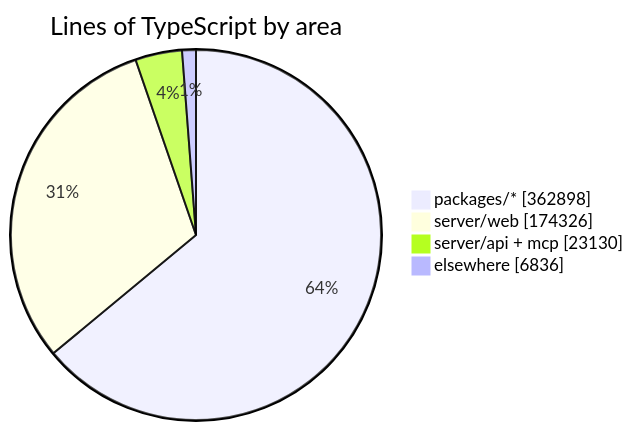
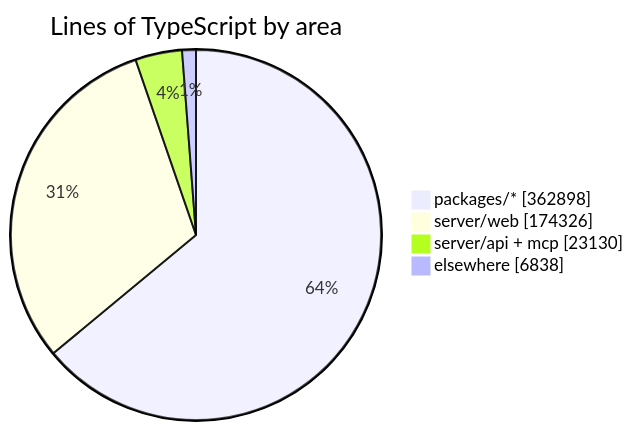
One commit to crossworks-engineering/mantle changed the diagram in README.md. Above: the diagram before and after it, drawn with Mermaid. The commit also changed other lines of this file and 2 other files, not shown here.

````diff
--- a/README.md
+++ b/README.md
@@ -294,7 +294,7 @@
 ```mermaid
 pie showData title Lines of TypeScript by area
     "packages/*" : 362898
     "server/web" : 174326
     "server/api + mcp" : 23130
-    "elsewhere" : 6836
+    "elsewhere" : 6838
 ```
````
